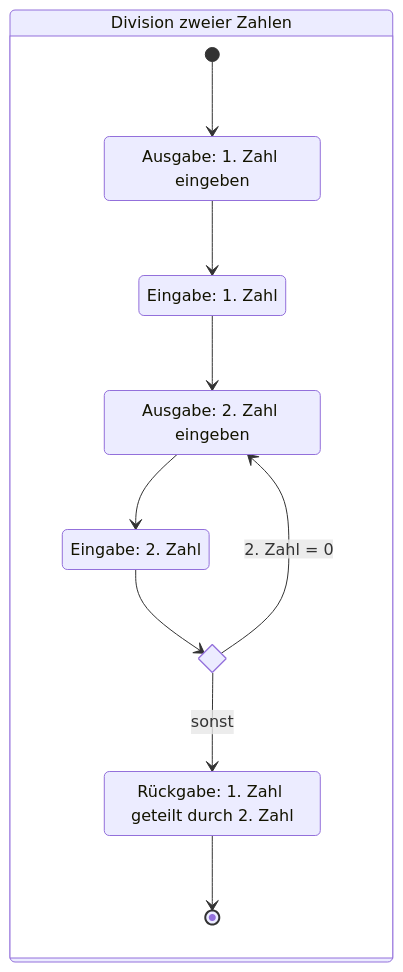
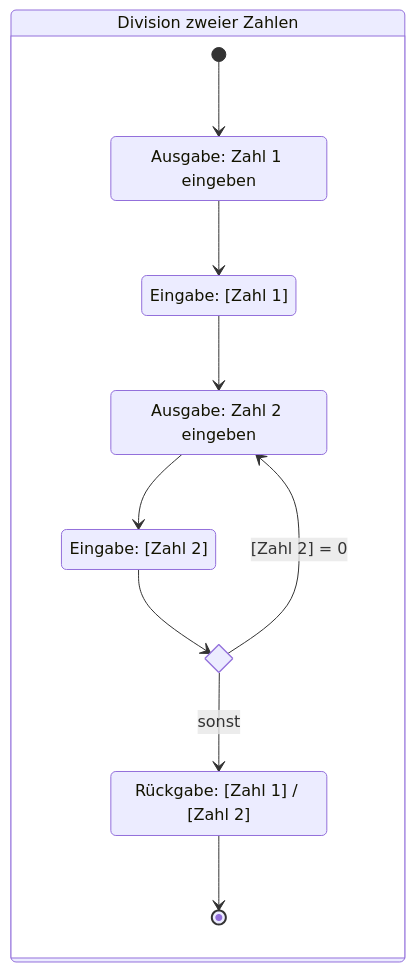
Before and after one commit to jappuccini/java-docs: the diagram in docs/documentation/activity-diagrams.md, drawn with Mermaid.

````diff
--- a/docs/documentation/activity-diagrams.md
+++ b/docs/documentation/activity-diagrams.md
@@ -27,21 +27,21 @@
 ```mermaid
 stateDiagram-v2
-    state "Ausgabe: 1. Zahl eingeben" as state1
-    state "Eingabe: 1. Zahl" as state2
-    state "Ausgabe: 2. Zahl eingeben" as state3
-    state "Eingabe: 2. Zahl" as state4
-    state "Rückgabe: 1. Zahl geteilt durch 2. Zahl" as state5
+    state "Ausgabe: Zahl 1 eingeben" as state1
+    state "Eingabe: [Zahl 1]" as state2
+    state "Ausgabe: Zahl 2 eingeben" as state3
+    state "Eingabe: [Zahl 2]" as state4
+    state "Rückgabe: [Zahl 1] / [Zahl 2]" as state5
 
     state if <<choice>>
 
     state "Division zweier Zahlen" as main {
         [*] --> state1
         state1 --> state2
         state2 --> state3
         state3 --> state4
         state4 --> if
-        if --> state3: 2. Zahl = 0
+        if --> state3: [Zahl 2] = 0
         if --> state5: sonst
         state5 --> [*]
     }
 ```
````
